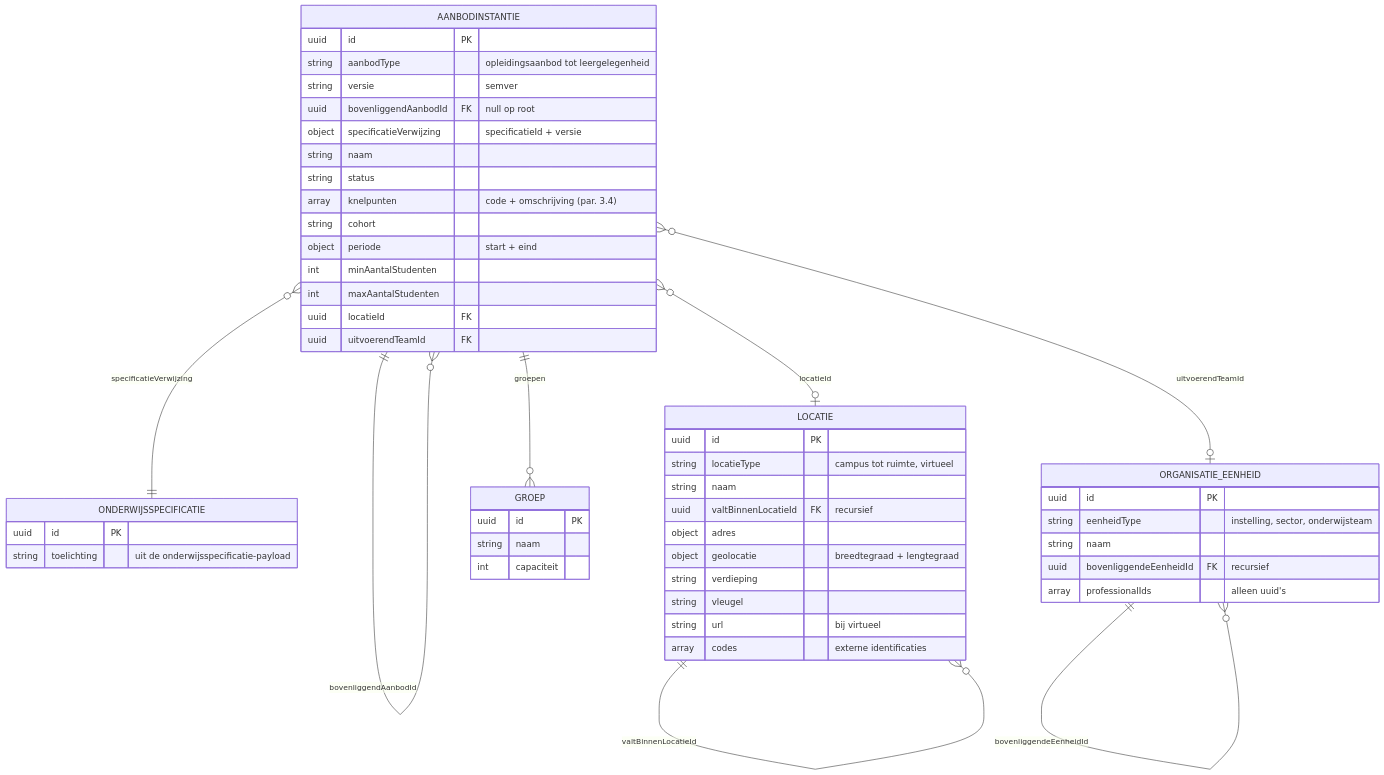
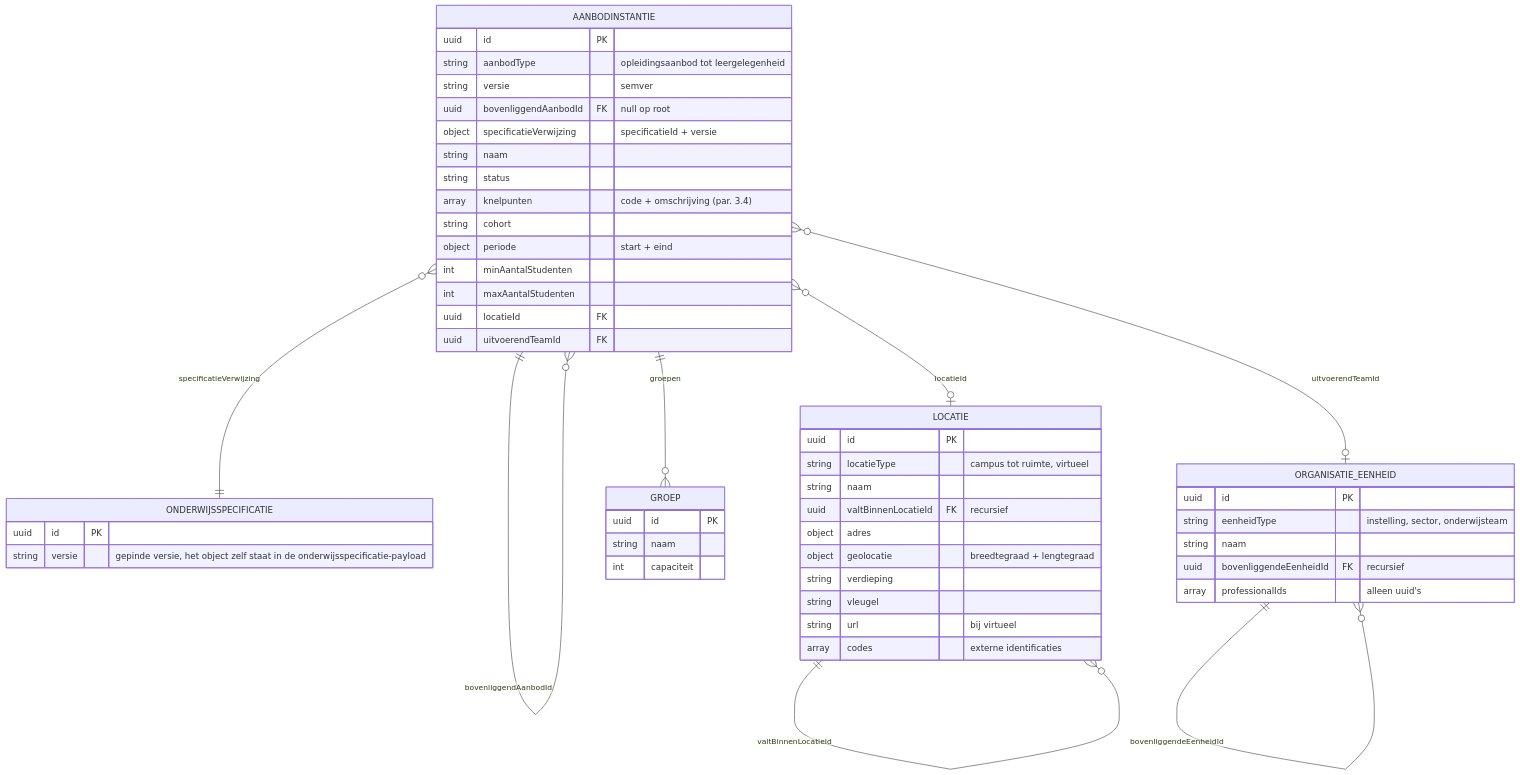
Before and after one commit to Npuls-OKx/meta: the diagram in architecture/agent-artifacts/design-docs/koppelingspecificaties/oc-p-en-r/20260723_1304_okx-lr1-onderwijsaanbod-payload-json.md, drawn with Mermaid. The commit also changed other lines of this file and 12 other files, not shown here.

````diff
--- a/architecture/agent-artifacts/design-docs/koppelingspecificaties/oc-p-en-r/20260723_1304_okx-lr1-onderwijsaanbod-payload-json.md
+++ b/architecture/agent-artifacts/design-docs/koppelingspecificaties/oc-p-en-r/20260723_1304_okx-lr1-onderwijsaanbod-payload-json.md
@@ -61,55 +61,55 @@
 ```mermaid
 erDiagram
     AANBODINSTANTIE ||--o{ AANBODINSTANTIE : bovenliggendAanbodId
     AANBODINSTANTIE }o--|| ONDERWIJSSPECIFICATIE : specificatieVerwijzing
     AANBODINSTANTIE }o--o| LOCATIE : locatieId
     AANBODINSTANTIE }o--o| ORGANISATIE_EENHEID : uitvoerendTeamId
     AANBODINSTANTIE ||--o{ GROEP : groepen
     LOCATIE ||--o{ LOCATIE : valtBinnenLocatieId
     ORGANISATIE_EENHEID ||--o{ ORGANISATIE_EENHEID : bovenliggendeEenheidId
 
     AANBODINSTANTIE {
         uuid id PK
         string aanbodType "opleidingsaanbod tot leergelegenheid"
         string versie "semver"
         uuid bovenliggendAanbodId FK "null op root"
         object specificatieVerwijzing "specificatieId + versie"
         string naam
         string status
         array knelpunten "code + omschrijving (par. 3.4)"
         string cohort
         object periode "start + eind"
         int minAantalStudenten
         int maxAantalStudenten
         uuid locatieId FK
         uuid uitvoerendTeamId FK
     }
     GROEP {
         uuid id PK
         string naam
         int capaciteit
     }
     LOCATIE {
         uuid id PK
         string locatieType "campus tot ruimte, virtueel"
         string naam
         uuid valtBinnenLocatieId FK "recursief"
         object adres
         object geolocatie "breedtegraad + lengtegraad"
         string verdieping
         string vleugel
         string url "bij virtueel"
         array codes "externe identificaties"
     }
     ORGANISATIE_EENHEID {
         uuid id PK
         string eenheidType "instelling, sector, onderwijsteam"
         string naam
         uuid bovenliggendeEenheidId FK "recursief"
         array professionalIds "alleen uuid's"
     }
     ONDERWIJSSPECIFICATIE {
         uuid id PK
-        string toelichting "uit de onderwijsspecificatie-payload"
+        string versie "gepinde versie, het object zelf staat in de onderwijsspecificatie-payload"
     }
 ```
````
